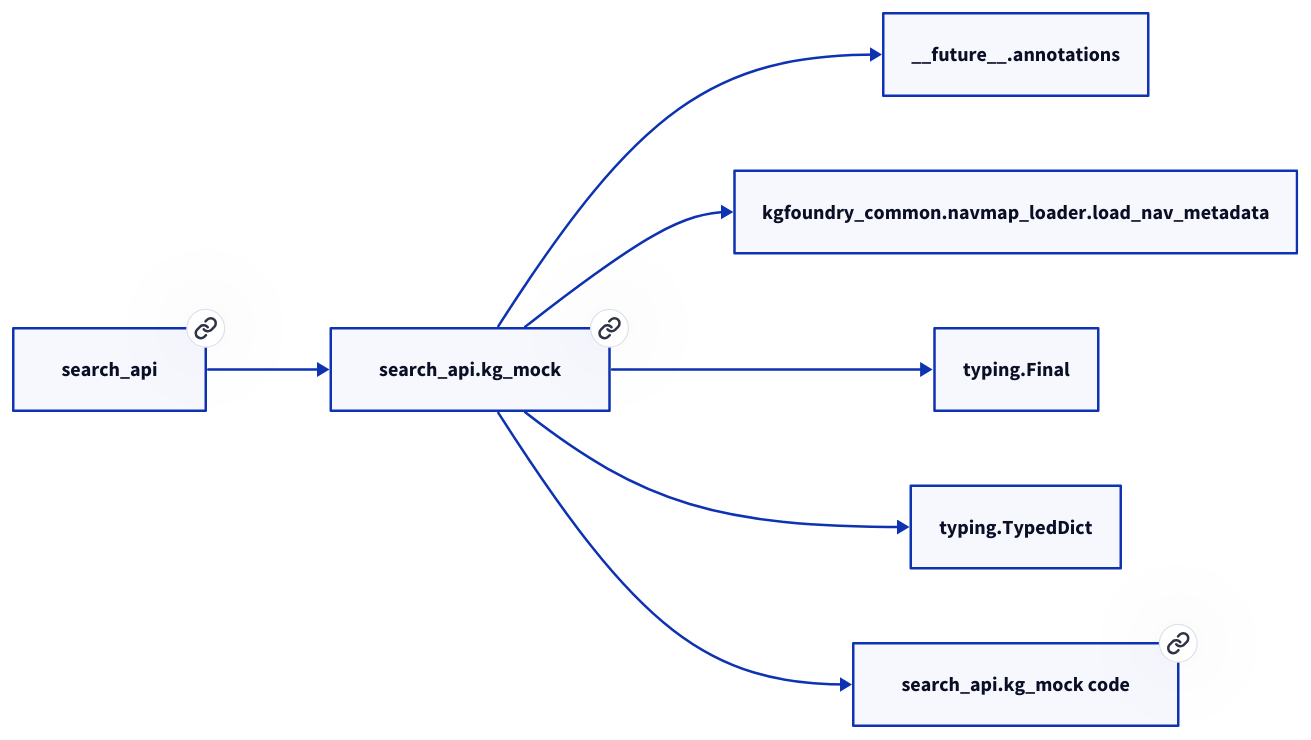
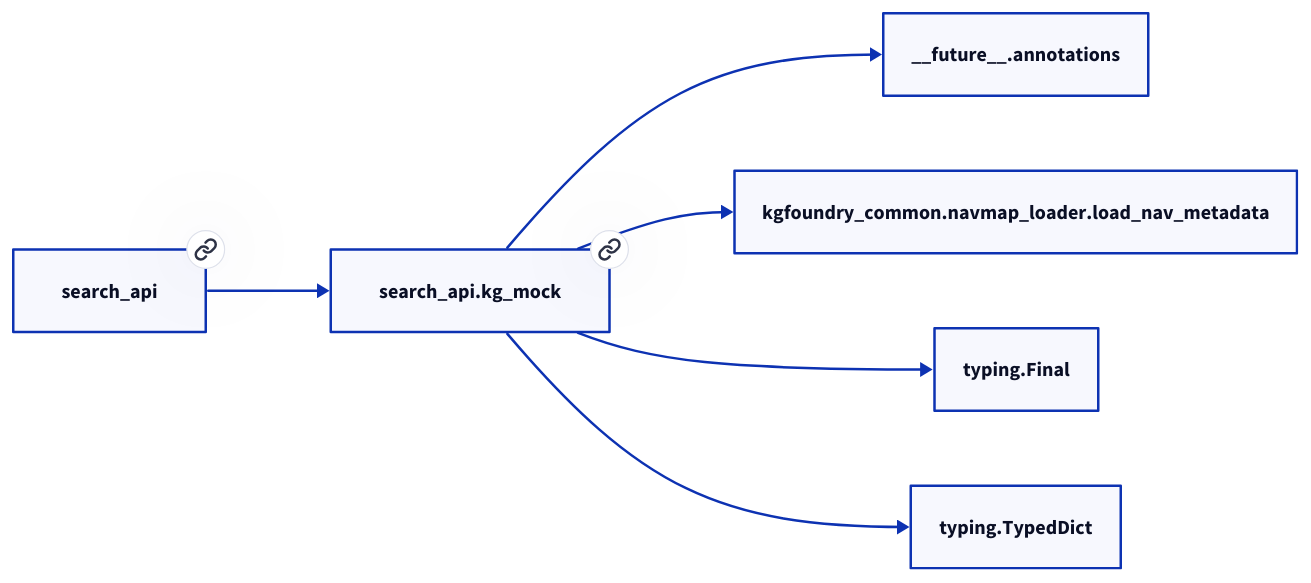
The second of 2 diagrams in docs/modules/search_api/kg_mock.md (paul-heyse/kgforge), drawn with D2 before and after one commit. The commit also changed other lines of this file and 118 other files, not shown here.

````diff
--- a/docs/modules/search_api/kg_mock.md
+++ b/docs/modules/search_api/kg_mock.md
@@ -55,16 +53,14 @@
 ```d2
 direction: right
-"search_api.kg_mock": "search_api.kg_mock" { link: "./search_api/kg_mock.md" }
+"search_api.kg_mock": "search_api.kg_mock" { link: "kg_mock.md" }
 "__future__.annotations": "__future__.annotations"
 "search_api.kg_mock" -> "__future__.annotations"
 "kgfoundry_common.navmap_loader.load_nav_metadata": "kgfoundry_common.navmap_loader.load_nav_metadata"
 "search_api.kg_mock" -> "kgfoundry_common.navmap_loader.load_nav_metadata"
 "typing.Final": "typing.Final"
 "search_api.kg_mock" -> "typing.Final"
 "typing.TypedDict": "typing.TypedDict"
 "search_api.kg_mock" -> "typing.TypedDict"
-"search_api": "search_api" { link: "./search_api.md" }
+"search_api": "search_api" { link: "../search_api.md" }
 "search_api" -> "search_api.kg_mock"
-"search_api.kg_mock_code": "search_api.kg_mock code" { link: "https://github.com/kgfoundry/kgfoundry/blob/main/src/search_api/kg_mock.py" }
-"search_api.kg_mock" -> "search_api.kg_mock_code" { style: dashed }
 ```
````
